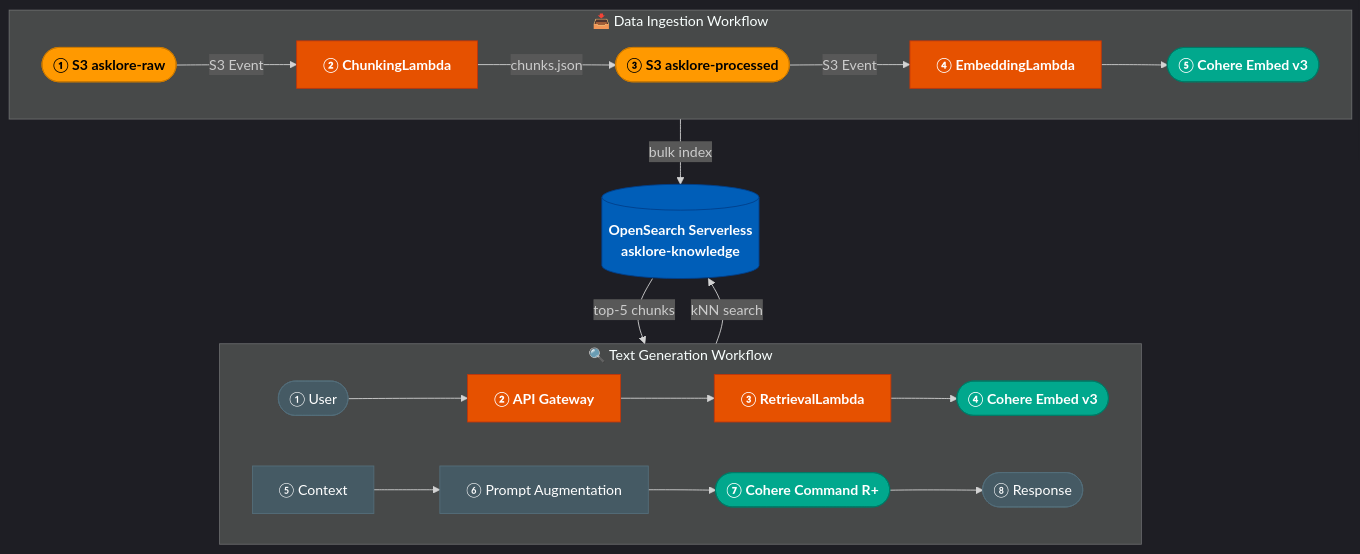
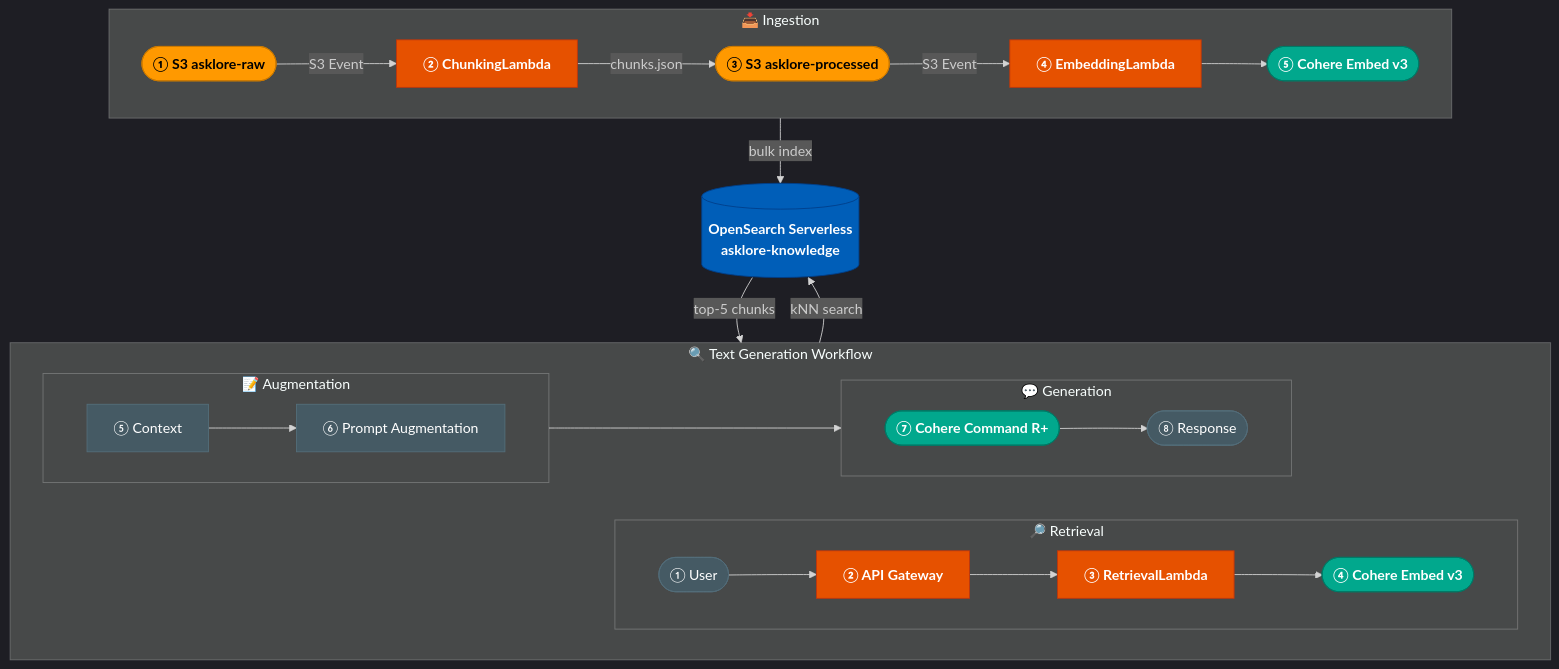
The diagram in README.md (Sunilrana1978/AskLore), drawn with Mermaid before and after one commit.

Commit message:
Label RAG phases in architecture diagram with nested subgraphs
Add Retrieval / Augmentation / Generation sub-panels inside the
Text Generation Workflow so readers can instantly see which nodes
belong to each RAG phase alongside the numbered steps.

````diff
--- a/README.md
+++ b/README.md
@@ -9,40 +9,38 @@
 ```mermaid
 %%{init: {'theme': 'dark'}}%%
 flowchart TB
 
     classDef s3      fill:#FF9900,stroke:#cc7a00,color:#000,font-weight:bold
     classDef lambda  fill:#E65100,stroke:#bf360c,color:#fff,font-weight:bold
     classDef bedrock fill:#01A88D,stroke:#007a67,color:#fff,font-weight:bold
     classDef os      fill:#005EB8,stroke:#003f8a,color:#fff,font-weight:bold
     classDef ext     fill:#455A64,stroke:#546E7A,color:#fff
 
     subgraph QRY["🔍 Text Generation Workflow"]
         direction LR
-        USR(["① User"]):::ext
-        GW["② API Gateway"]:::lambda
-        RL["③ RetrievalLambda"]:::lambda
-        CE2(["④ Cohere Embed v3"]):::bedrock
-        CTX["⑤ Context"]:::ext
-        PA["⑥ Prompt Augmentation"]:::ext
-        LLM(["⑦ Cohere Command R+"]):::bedrock
-        RESP(["⑧ Response"]):::ext
-        USR --> GW --> RL --> CE2
-        CTX --> PA --> LLM --> RESP
+        subgraph RET["🔎 Retrieval"]
+            direction LR
+            USR(["① User"]):::ext --> GW["② API Gateway"]:::lambda --> RL["③ RetrievalLambda"]:::lambda --> CE2(["④ Cohere Embed v3"]):::bedrock
+        end
+        subgraph AUG["📝 Augmentation"]
+            direction LR
+            CTX["⑤ Context"]:::ext --> PA["⑥ Prompt Augmentation"]:::ext
+        end
+        subgraph GEN["💬 Generation"]
+            direction LR
+            LLM(["⑦ Cohere Command R+"]):::bedrock --> RESP(["⑧ Response"]):::ext
+        end
+        PA --> LLM
     end
 
     VS[("OpenSearch Serverless\nasklore-knowledge")]:::os
 
-    subgraph ING["📥 Data Ingestion Workflow"]
+    subgraph ING["📥 Ingestion"]
         direction LR
-        DS(["① S3 asklore-raw"]):::s3
-        CL["② ChunkingLambda"]:::lambda
-        PROC(["③ S3 asklore-processed"]):::s3
-        EL["④ EmbeddingLambda"]:::lambda
-        CE1(["⑤ Cohere Embed v3"]):::bedrock
-        DS -->|S3 Event| CL -->|chunks.json| PROC -->|S3 Event| EL --> CE1
+        DS(["① S3 asklore-raw"]):::s3 -->|S3 Event| CL["② ChunkingLambda"]:::lambda -->|chunks.json| PROC(["③ S3 asklore-processed"]):::s3 -->|S3 Event| EL["④ EmbeddingLambda"]:::lambda --> CE1(["⑤ Cohere Embed v3"]):::bedrock
     end
 
     CE2 -->|kNN search| VS
     VS -->|top-5 chunks| CTX
     CE1 -->|bulk index| VS
 ```
````
